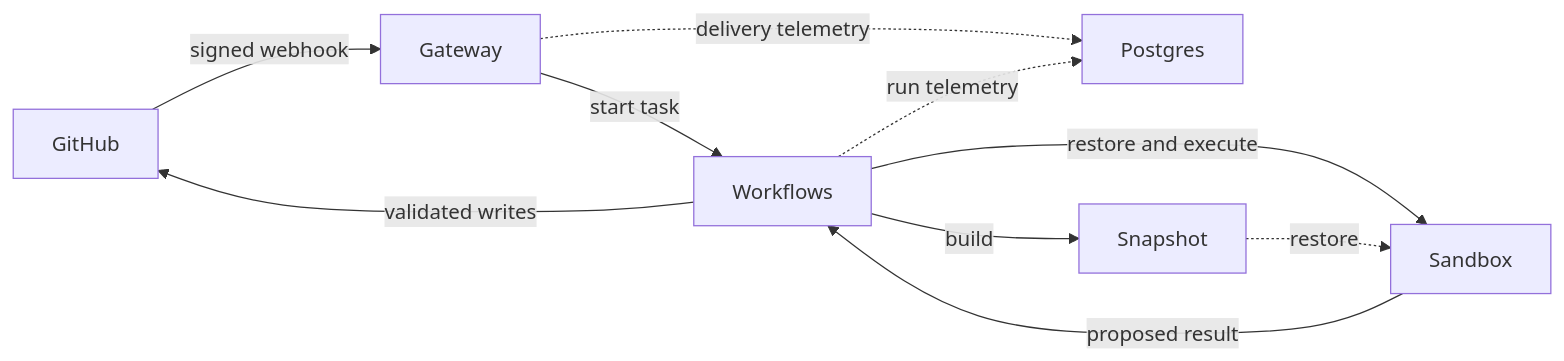
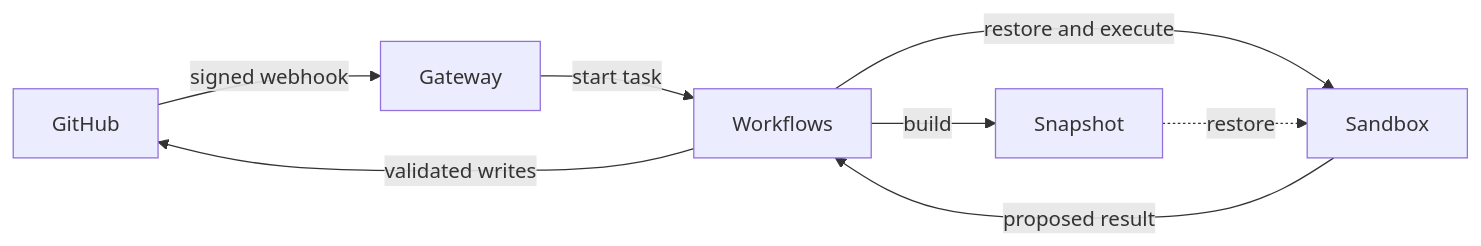
Before and after one commit to Ho1yShif/software-factory: the diagram in docs/architecture.md, drawn with Mermaid. The commit also changed other lines of this file and 43 other files, not shown here.

First line of the commit message:
Remove Postgres; log run and agent telemetry as JSON lines

````diff
--- a/docs/architecture.md
+++ b/docs/architecture.md
@@ -9,12 +9,10 @@
 ```mermaid
 flowchart LR
   GitHub -->|signed webhook| Gateway
   Gateway -->|start task| Workflows
-  Gateway -.->|delivery telemetry| Postgres
-  Workflows -.->|run telemetry| Postgres
   Workflows -->|restore and execute| Sandbox
   Sandbox -->|proposed result| Workflows
   Workflows -->|validated writes| GitHub
   Workflows -->|build| Snapshot
   Snapshot -.->|restore| Sandbox
 ```
````
